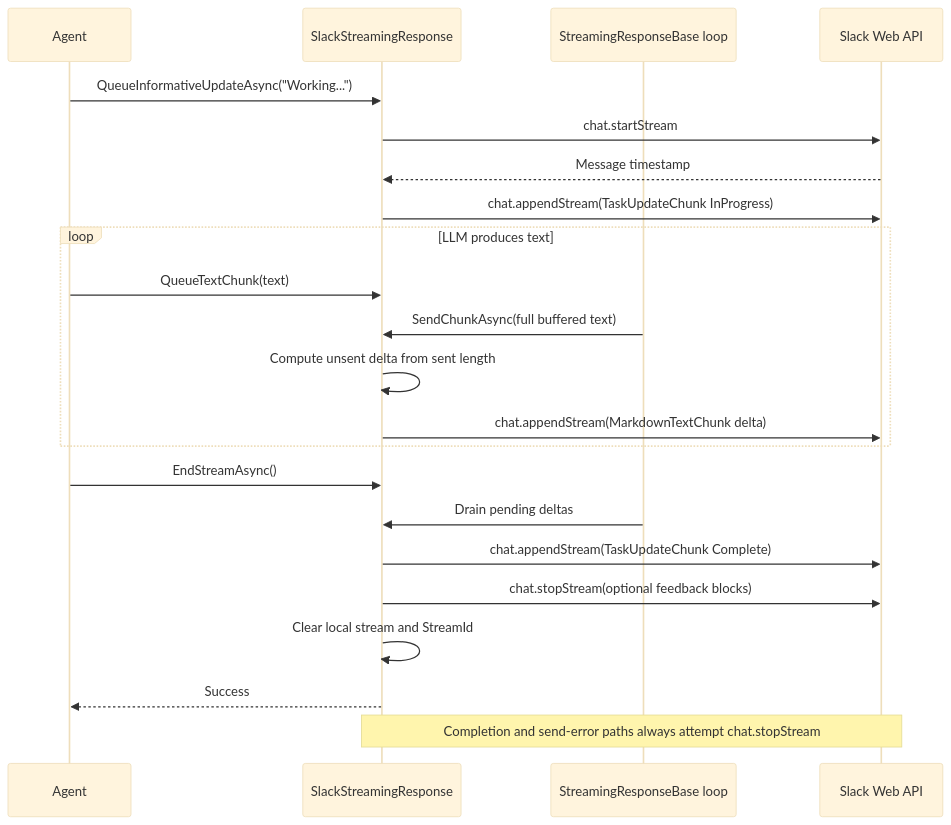
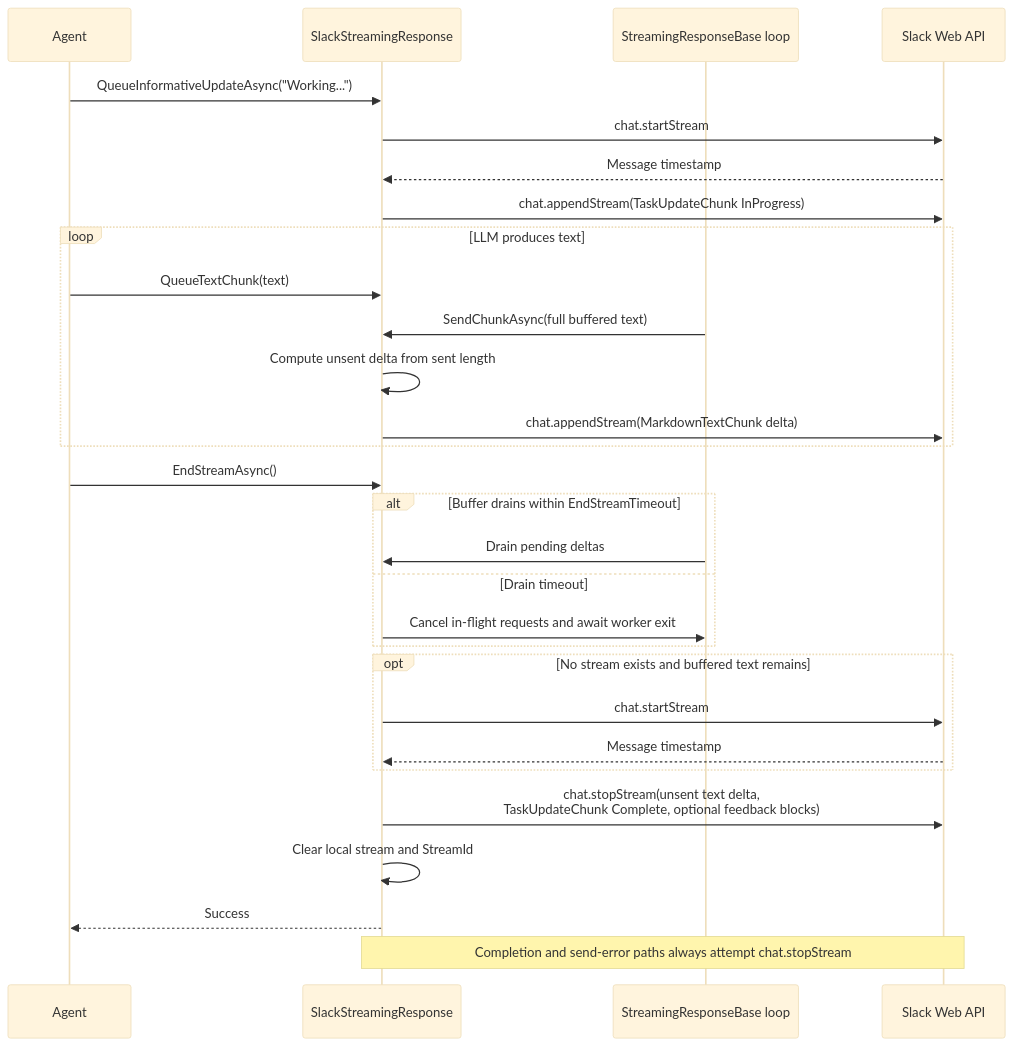
One commit to microsoft/Agents-for-net changed the sixth of 7 diagrams in docs/streaming-response-sequence-diagram.md. Above: the diagram before and after it, drawn with Mermaid (base theme). The commit also changed other lines of this file and 8 other files, not shown here.

````diff
--- a/docs/streaming-response-sequence-diagram.md
+++ b/docs/streaming-response-sequence-diagram.md
@@ -235,28 +246,35 @@
 ```mermaid
 sequenceDiagram
     participant Agent
     participant Response as SlackStreamingResponse
     participant Worker as StreamingResponseBase loop
     participant Slack as Slack Web API
 
     Agent->>Response: QueueInformativeUpdateAsync("Working...")
     Response->>Slack: chat.startStream
     Slack-->>Response: Message timestamp
     Response->>Slack: chat.appendStream(TaskUpdateChunk InProgress)
 
     loop LLM produces text
         Agent->>Response: QueueTextChunk(text)
         Worker->>Response: SendChunkAsync(full buffered text)
         Response->>Response: Compute unsent delta from sent length
         Response->>Slack: chat.appendStream(MarkdownTextChunk delta)
     end
 
     Agent->>Response: EndStreamAsync()
-    Worker->>Response: Drain pending deltas
-    Response->>Slack: chat.appendStream(TaskUpdateChunk Complete)
-    Response->>Slack: chat.stopStream(optional feedback blocks)
+    alt Buffer drains within EndStreamTimeout
+        Worker->>Response: Drain pending deltas
+    else Drain timeout
+        Response->>Worker: Cancel in-flight requests and await worker exit
+    end
+    opt No stream exists and buffered text remains
+        Response->>Slack: chat.startStream
+        Slack-->>Response: Message timestamp
+    end
+    Response->>Slack: chat.stopStream(unsent text delta,<br/>TaskUpdateChunk Complete, optional feedback blocks)
     Response->>Response: Clear local stream and StreamId
     Response-->>Agent: Success
 
     Note over Response,Slack: Completion and send-error paths always attempt chat.stopStream
 ```
````
